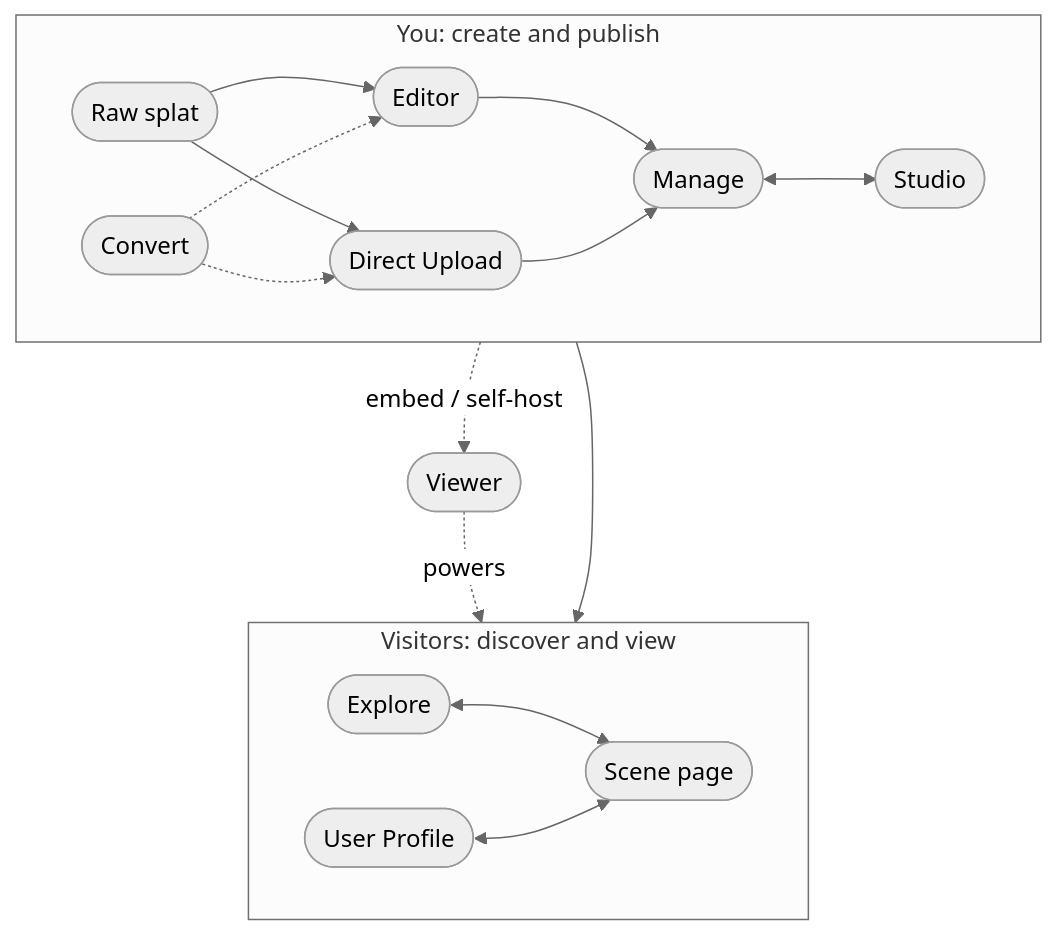
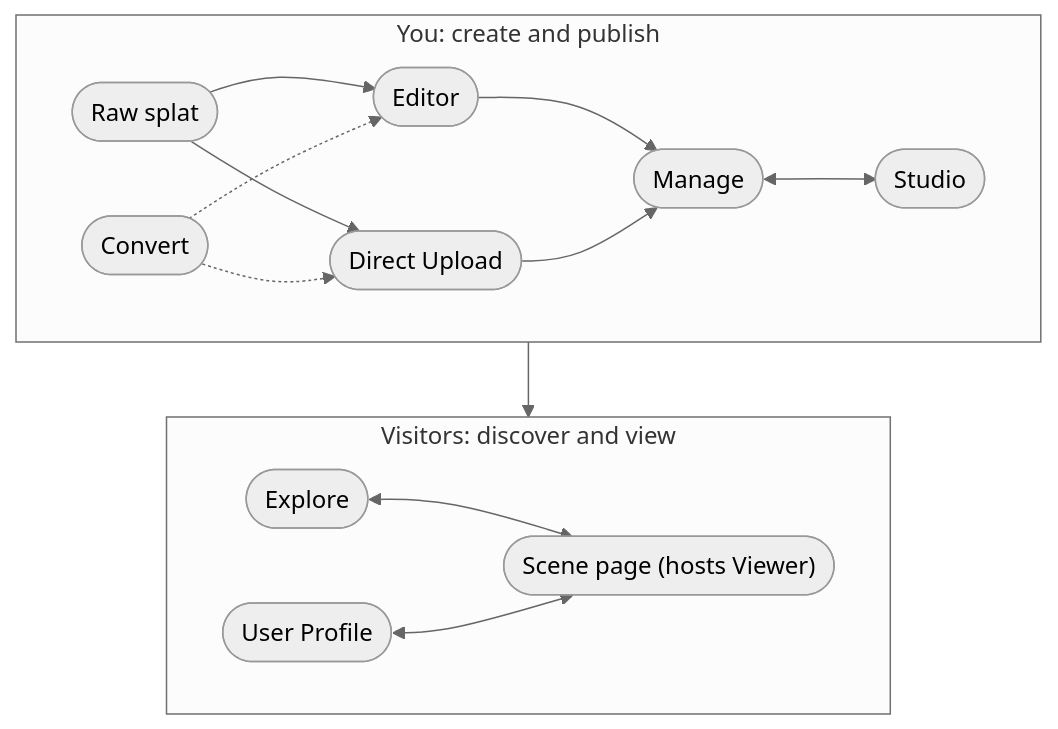
One commit to playcanvas/developer-site changed the diagram in docs/user-manual/supersplat/index.md. Above: the diagram before and after it, drawn with Mermaid (neutral theme). The commit also changed 1 other file, not shown here.

Commit message:
Simplify: fold Viewer into the Scene page node
Replace the separate Viewer node and its powers/embed edges with a
"Scene page (hosts Viewer)" label. Embed/self-host remains covered in the
platform table and the Viewer pages. EN + JA.

````diff
--- a/docs/user-manual/supersplat/index.md
+++ b/docs/user-manual/supersplat/index.md
@@ -10,23 +10,21 @@
 ```mermaid
 flowchart TB
     subgraph you [You: create and publish]
         direction LR
         raw([Raw splat]) --> editor([Editor])
         raw --> upload([Direct Upload])
         convert([Convert]) -.-> editor
         convert -.-> upload
         editor --> manage([Manage])
         upload --> manage
         manage <--> studio([Studio])
     end
 
-    manage --> scene([Scene page])
-    manage -.->|embed / self-host| viewer([Viewer])
-    viewer -.->|powers| scene
+    manage --> scene(["Scene page (hosts Viewer)"])
 
     subgraph visitors [Visitors: discover and view]
         direction LR
         explore([Explore]) <--> scene
         profile([User Profile]) <--> scene
     end
 ```
````
